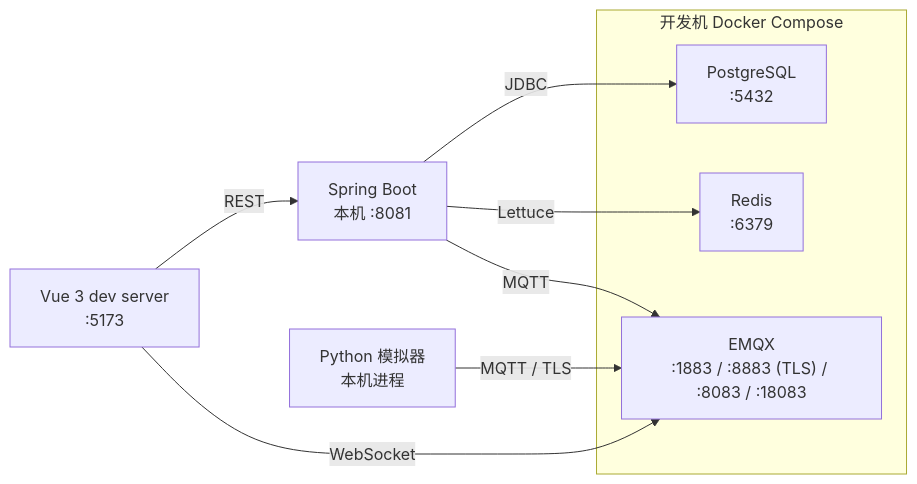
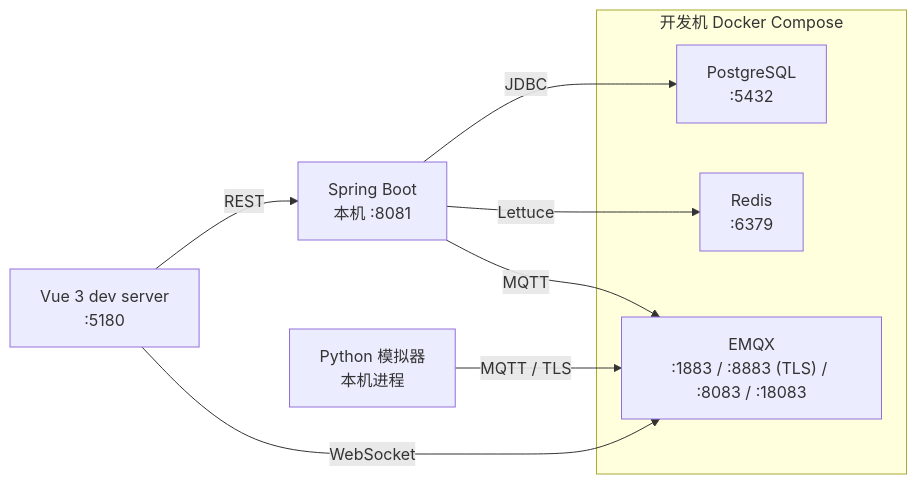
Before and after one commit to wuzhudexiaopacai/coherer: diagram 14 of 15 in docs/design.md, drawn with Mermaid. The commit also changed other lines of this file and 34 other files, not shown here.

````diff
--- a/docs/design.md
+++ b/docs/design.md
@@ -657,19 +658,19 @@
 ```mermaid
 flowchart LR
     subgraph HOST["开发机 Docker Compose"]
         EMQX["EMQX<br/>:1883 / :8883 (TLS) / :8083 / :18083"]
         PG["PostgreSQL<br/>:5432"]
         R["Redis<br/>:6379"]
     end
 
     BE["Spring Boot<br/>本机 :8081"]
     SIM["Python 模拟器<br/>本机进程"]
-    WEB["Vue 3 dev server<br/>:5173"]
+    WEB["Vue 3 dev server<br/>:5180"]
 
     SIM -->|"MQTT / TLS"| EMQX
     BE -->|"JDBC"| PG
     BE -->|"Lettuce"| R
     BE -->|"MQTT"| EMQX
     WEB -->|"REST"| BE
     WEB -->|"WebSocket"| EMQX
 ```
````
